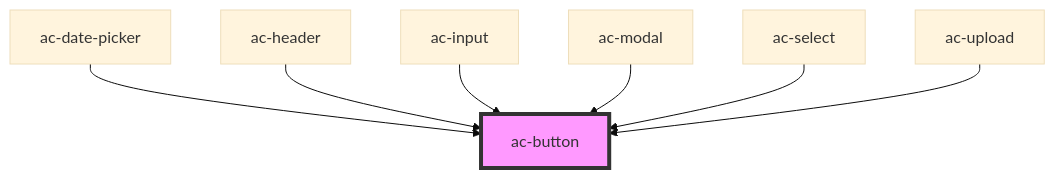
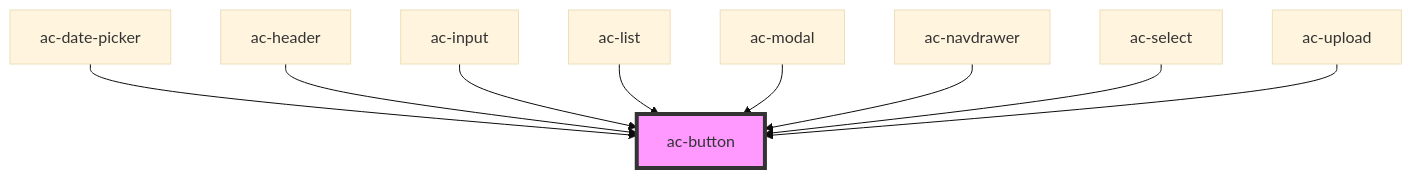
Before and after one commit to accera-tech/solar-components: the diagram in src/components/atoms/ac-button/readme.md, drawn with Mermaid (base theme). The commit also changed other lines of this file and 11 other files, not shown here.

````diff
--- a/src/components/atoms/ac-button/readme.md
+++ b/src/components/atoms/ac-button/readme.md
@@ -35,10 +37,12 @@
 ```mermaid
 graph TD;
   ac-date-picker --> ac-button
   ac-header --> ac-button
   ac-input --> ac-button
+  ac-list --> ac-button
   ac-modal --> ac-button
+  ac-navdrawer --> ac-button
   ac-select --> ac-button
   ac-upload --> ac-button
   style ac-button fill:#f9f,stroke:#333,stroke-width:4px
 ```
````
